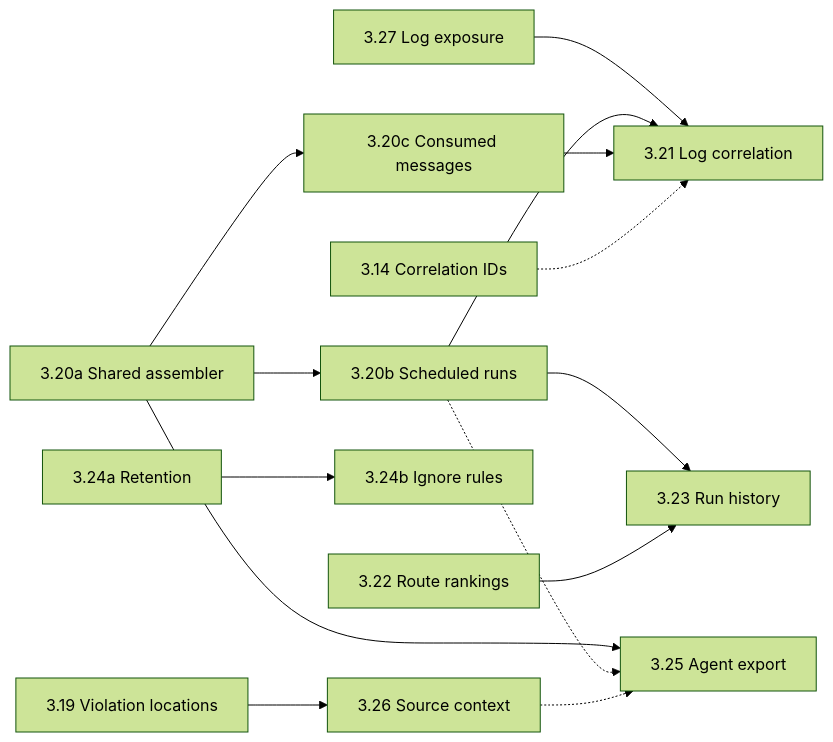
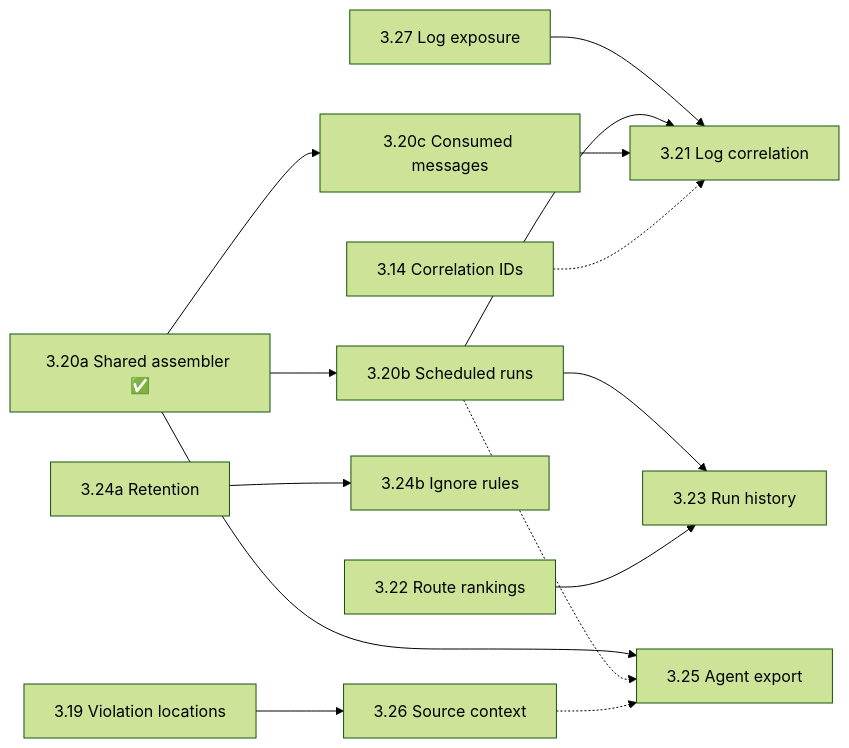
Before and after one commit to jdubois/boot-ui: the diagram in docs/PLAN.md, drawn with Mermaid (forest theme). The commit also changed other lines of this file and 38 other files, not shown here.

````diff
--- a/docs/PLAN.md
+++ b/docs/PLAN.md
@@ -78,16 +78,16 @@
 ```mermaid
 graph LR
   S27["3.27 Log exposure"] --> S21["3.21 Log correlation"]
-  S20a["3.20a Shared assembler"] --> S20b["3.20b Scheduled runs"]
+  S20a["3.20a Shared assembler ✅"] --> S20b["3.20b Scheduled runs"]
   S20a --> S20c["3.20c Consumed messages"]
   S20a --> S25["3.25 Agent export"]
   S20b --> S21
   S20c --> S21
   S20b --> S23["3.23 Run history"]
   S22["3.22 Route rankings"] --> S23
   S24a["3.24a Retention"] --> S24b["3.24b Ignore rules"]
   S19["3.19 Violation locations"] --> S26["3.26 Source context"]
   S14["3.14 Correlation IDs"] -.-> S21
   S20b -.-> S25
   S26 -.-> S25
 ```
````
